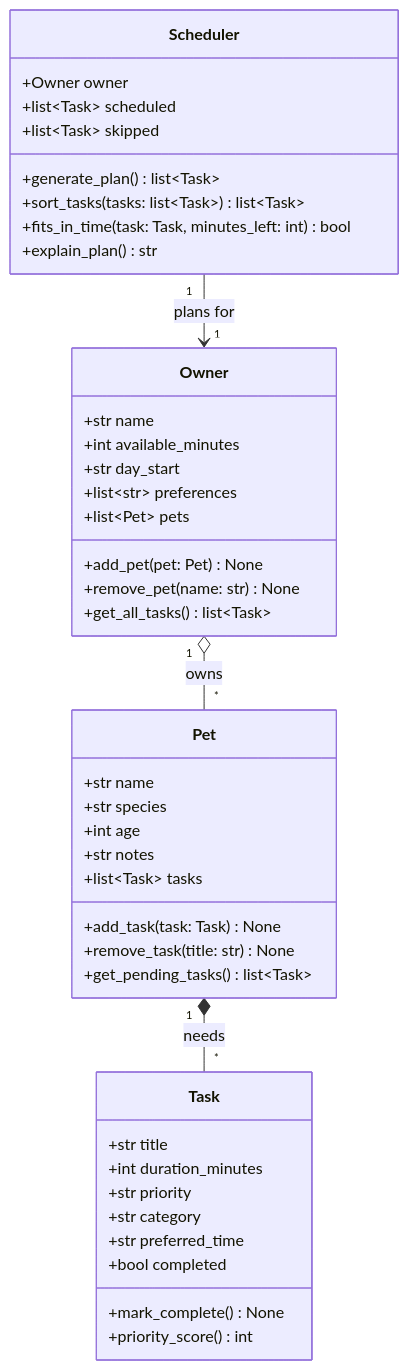
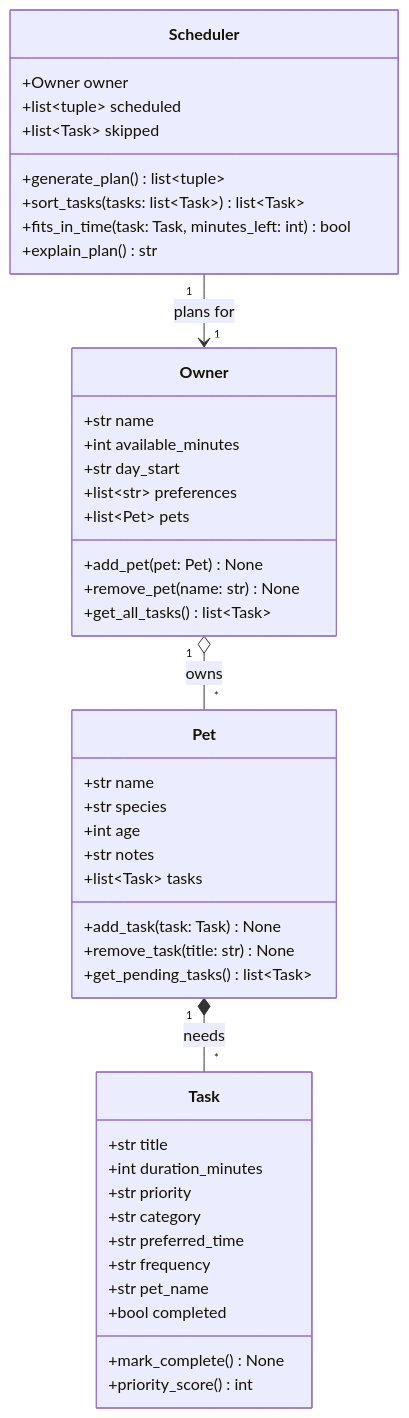
The diagram in diagrams/uml.mmd (TahirZogaj/ai110-module2show-pawpal-starter), drawn with Mermaid before and after one commit. The commit also changed 5 other files, not shown here.

```diff
--- a/diagrams/uml.mmd
+++ b/diagrams/uml.mmd
@@ -1,49 +1,51 @@
 classDiagram
     %% PawPal+ draft UML — keep this file updated so it matches the final implementation.
 
     class Owner {
         +str name
         +int available_minutes
         +str day_start
         +list~str~ preferences
         +list~Pet~ pets
         +add_pet(pet: Pet) None
         +remove_pet(name: str) None
         +get_all_tasks() list~Task~
     }
 
     class Pet {
         +str name
         +str species
         +int age
         +str notes
         +list~Task~ tasks
         +add_task(task: Task) None
         +remove_task(title: str) None
         +get_pending_tasks() list~Task~
     }
 
     class Task {
         +str title
         +int duration_minutes
         +str priority
         +str category
         +str preferred_time
+        +str frequency
+        +str pet_name
         +bool completed
         +mark_complete() None
         +priority_score() int
     }
 
     class Scheduler {
         +Owner owner
-        +list~Task~ scheduled
+        +list~tuple~ scheduled
         +list~Task~ skipped
-        +generate_plan() list~Task~
+        +generate_plan() list~tuple~
         +sort_tasks(tasks: list~Task~) list~Task~
         +fits_in_time(task: Task, minutes_left: int) bool
         +explain_plan() str
     }
 
     Owner "1" o-- "*" Pet : owns
     Pet "1" *-- "*" Task : needs
     Scheduler "1" --> "1" Owner : plans for
```
